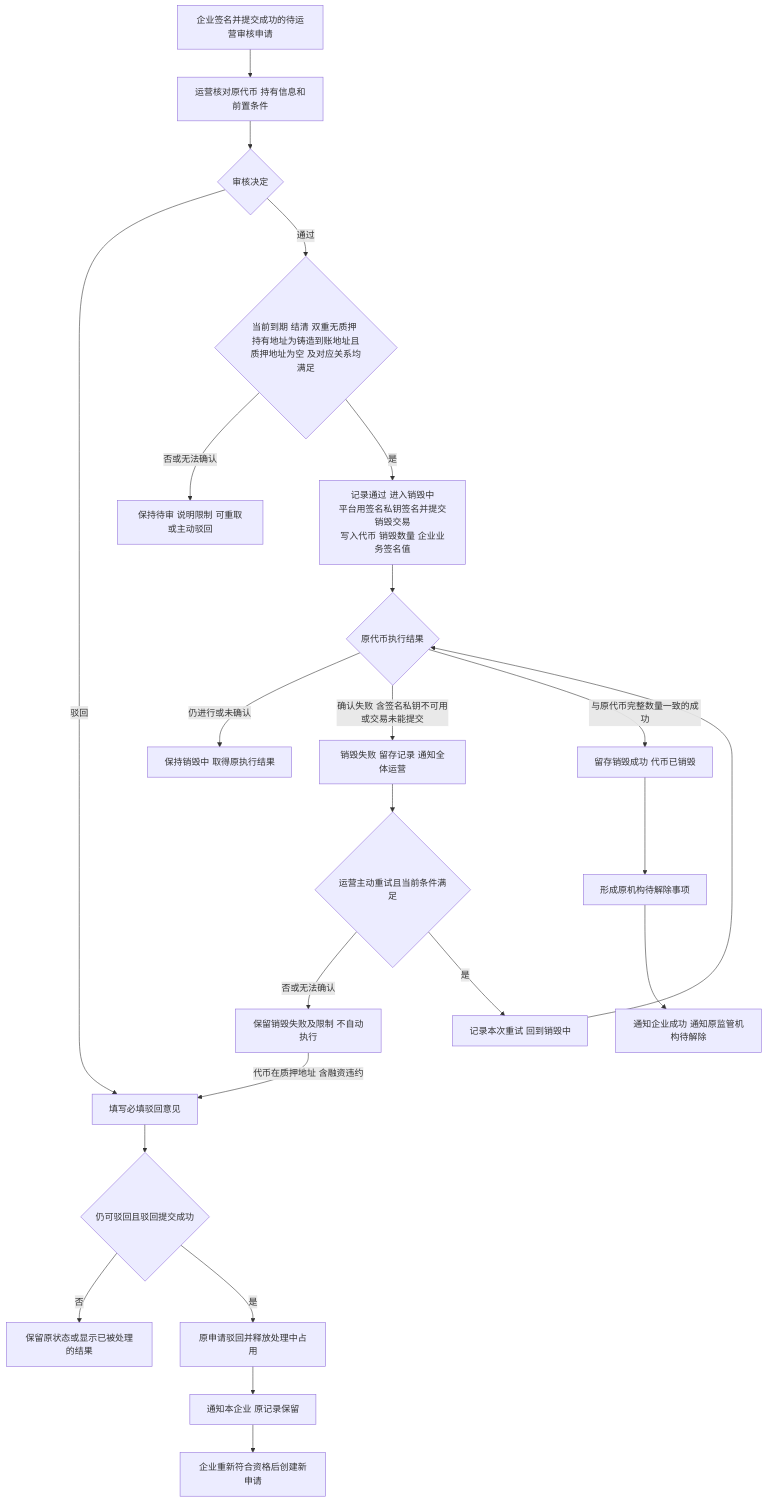
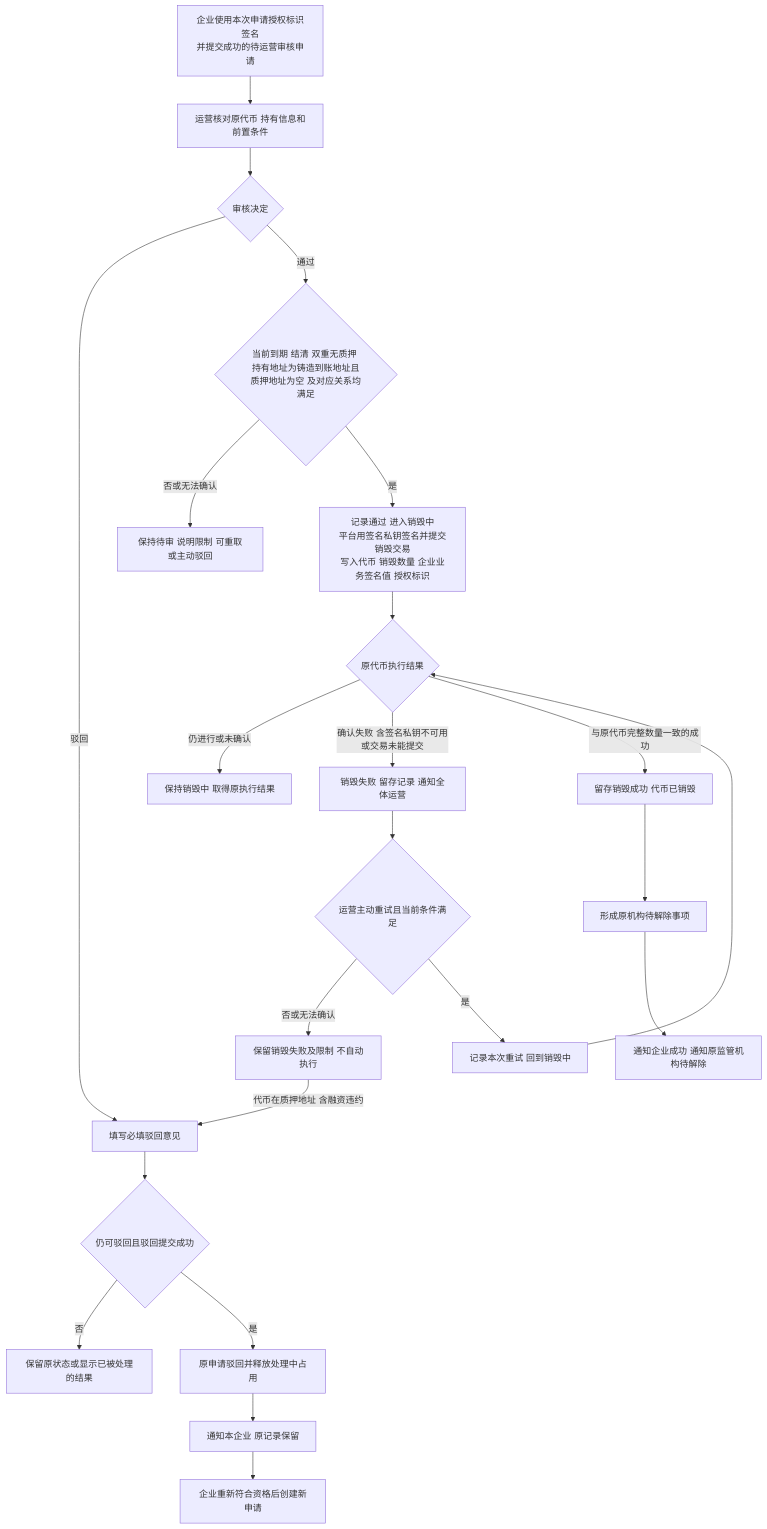
Before and after one commit to wxblockchain/Chain-Financing: the first of 4 diagrams in token-issuance-platform/PRD/管理端/M4b-销毁审核与解除质押/02-销毁审核与解除质押-流程图与状态机.md, drawn with Mermaid. The commit also changed other lines of this file and 5 other files, not shown here.

````diff
--- a/token-issuance-platform/PRD/管理端/M4b-销毁审核与解除质押/02-销毁审核与解除质押-流程图与状态机.md
+++ b/token-issuance-platform/PRD/管理端/M4b-销毁审核与解除质押/02-销毁审核与解除质押-流程图与状态机.md
@@ -17,25 +17,25 @@
 ```mermaid
 flowchart TD
-    A[企业签名并提交成功的待运营审核申请] --> B[运营核对原代币 持有信息和前置条件]
+    A[企业使用本次申请授权标识签名<br/>并提交成功的待运营审核申请] --> B[运营核对原代币 持有信息和前置条件]
     B --> C{审核决定}
     C -->|驳回| D[填写必填驳回意见]
     D --> E{仍可驳回且驳回提交成功}
     E -->|否| F[保留原状态或显示已被处理的结果]
     E -->|是| G[原申请驳回并释放处理中占用]
     G --> H[通知本企业 原记录保留]
     H --> I[企业重新符合资格后创建新申请]
     C -->|通过| J{当前到期 结清 双重无质押 持有地址为铸造到账地址且质押地址为空 及对应关系均满足}
     J -->|否或无法确认| K[保持待审 说明限制 可重取或主动驳回]
-    J -->|是| L[记录通过 进入销毁中<br/>平台用签名私钥签名并提交销毁交易<br/>写入代币 销毁数量 企业业务签名值]
+    J -->|是| L[记录通过 进入销毁中<br/>平台用签名私钥签名并提交销毁交易<br/>写入代币 销毁数量 企业业务签名值 授权标识]
     L --> M{原代币执行结果}
     M -->|仍进行或未确认| N[保持销毁中 取得原执行结果]
     M -->|确认失败 含签名私钥不可用或交易未能提交| O[销毁失败 留存记录 通知全体运营]
     O --> P{运营主动重试且当前条件满足}
     P -->|否或无法确认| Q[保留销毁失败及限制 不自动执行]
     Q -->|代币在质押地址 含融资违约| D
     P -->|是| R[记录本次重试 回到销毁中]
     R --> M
     M -->|与原代币完整数量一致的成功| S[留存销毁成功 代币已销毁]
     S --> T[形成原机构待解除事项]
     T --> U[通知企业成功 通知原监管机构待解除]
 ```
````
